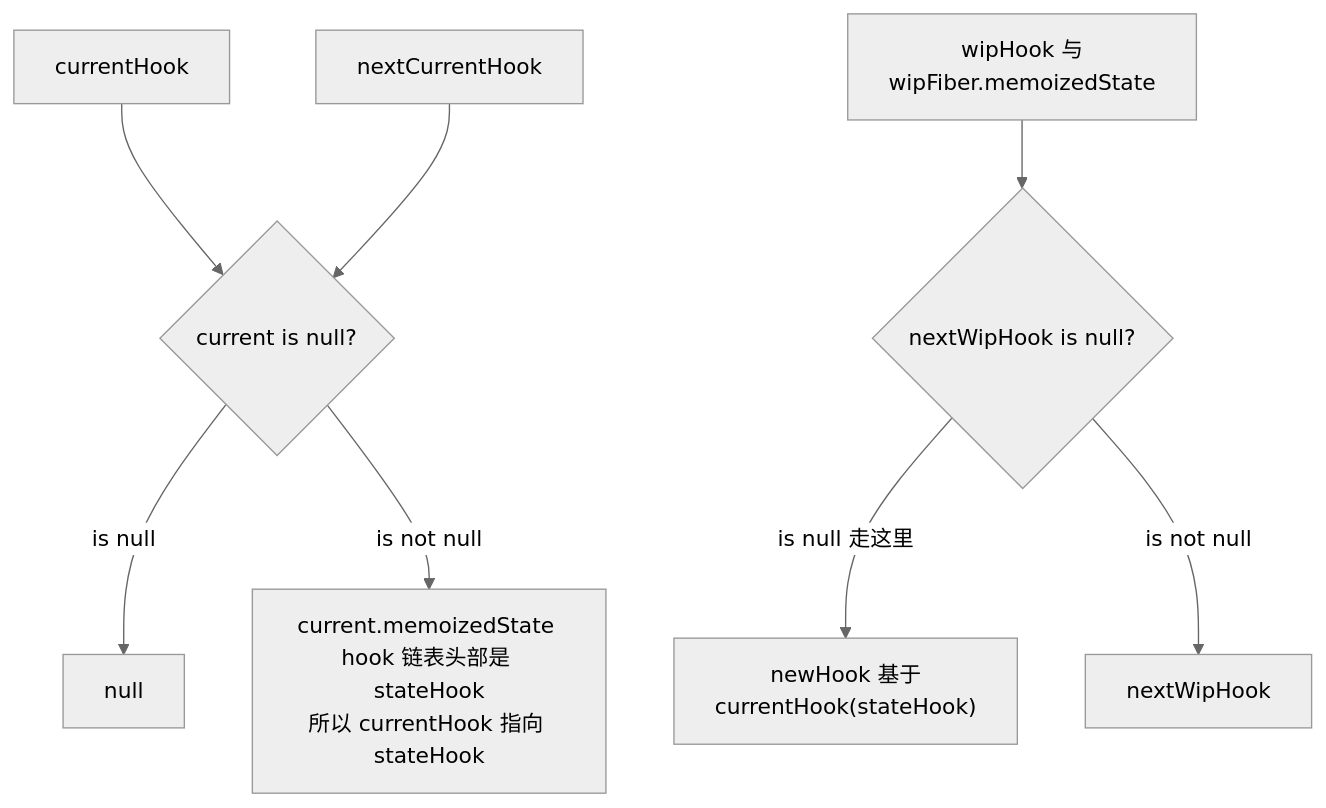
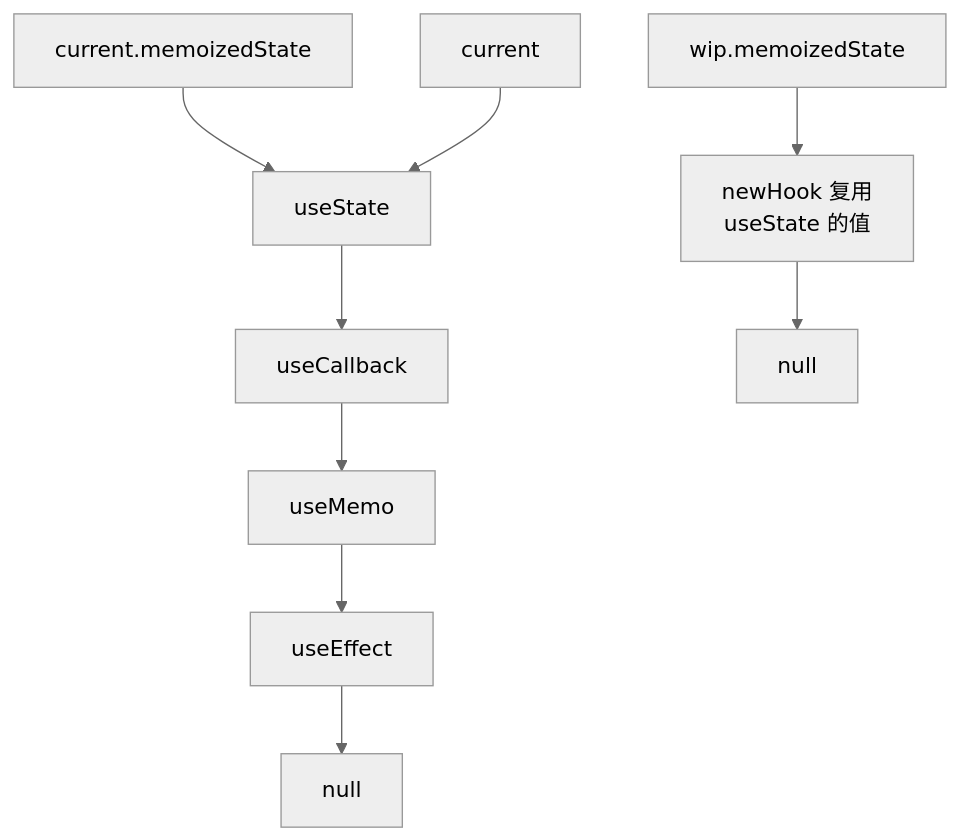
One commit to zhangchuachua/zhangchuachua.github.io changed the fifth of 10 diagrams in content/React/Fiber 如何构建 Hook 链表？.md. Above: the diagram before and after it, drawn with Mermaid (neutral theme). The commit also changed other lines of this file and 6 other files, not shown here.

````diff
--- a/content/React/Fiber 如何构建 Hook 链表？.md
+++ b/content/React/Fiber 如何构建 Hook 链表？.md
@@ -221,13 +224,6 @@
 ```mermaid
 flowchart TB
-finalCntHook[currentHook] --> finalIf{current is null?} --is null--> finalNull[null]
-finalIf --is not null --> finalCntMemo[current.memoizedState 
-hook 链表头部是 stateHook
-所以 currentHook 指向 
-stateHook]
-nextCurrentHook --> finalIf
-wipHook[wipHook 与
-wipFiber.memoizedState] --> if2{nextWipHook is null?} --is null 走这里--> newHook["newHook 基于 
-currentHook(stateHook)"]
-if2 --is not null--> nextWipHook
+current.memoizedState --> useState --> useCallback --> useMemo --> useEffect --> null
+current --> useState
+wip.memoizedState --> newUseStateHook["newHook 复用\n useState 的值"] --> newNull[null]
 ```
````
